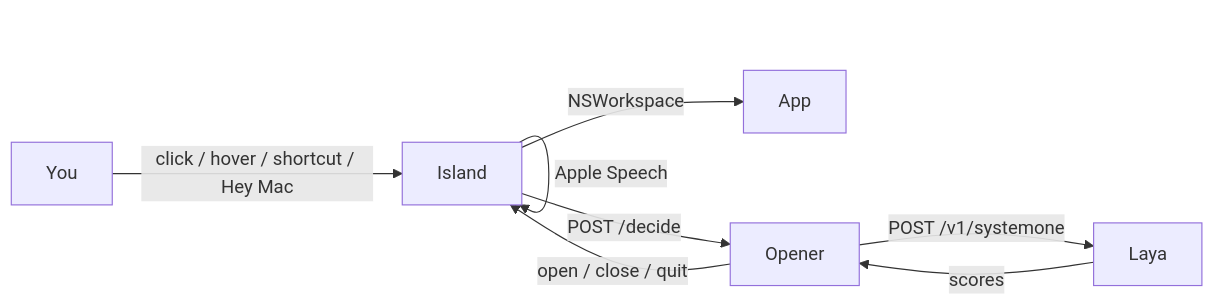
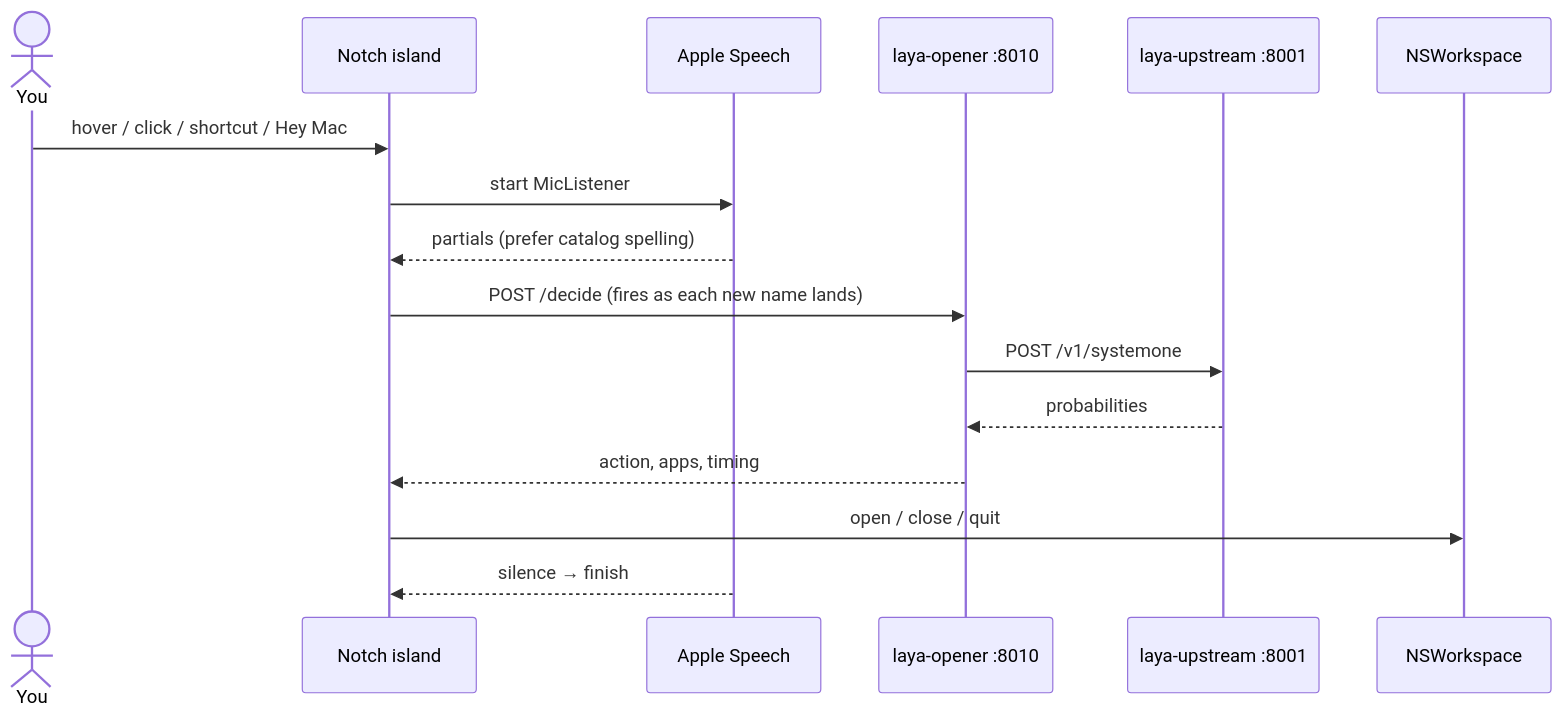
Before and after one commit to AshutoshKY/sayso: the second of 2 diagrams in README.md, drawn with Mermaid. The commit also changed other lines of this file, not shown here.

First line of the commit message:
docs: restore architecture diagrams and keep the Sayso landing

````diff
--- a/README.md
+++ b/README.md
@@ -58,10 +81,19 @@
 ```mermaid
-flowchart LR
-  You -->|click / hover / shortcut / Hey Mac| Island
-  Island -->|Apple Speech| Island
-  Island -->|POST /decide| Opener
-  Opener -->|POST /v1/systemone| Laya
-  Laya -->|scores| Opener
-  Opener -->|open / close / quit| Island
-  Island -->|NSWorkspace| App
+sequenceDiagram
+  actor You
+  participant Island as Notch island
+  participant Speech as Apple Speech
+  participant Opener as laya-opener :8010
+  participant Laya as laya-upstream :8001
+  participant Mac as NSWorkspace
+
+  You->>Island: hover / click / shortcut / Hey Mac
+  Island->>Speech: start MicListener
+  Speech-->>Island: partials (prefer catalog spelling)
+  Island->>Opener: POST /decide (fires as each new name lands)
+  Opener->>Laya: POST /v1/systemone
+  Laya-->>Opener: probabilities
+  Opener-->>Island: action, apps, timing
+  Island->>Mac: open / close / quit
+  Speech-->>Island: silence → finish
 ```
````
